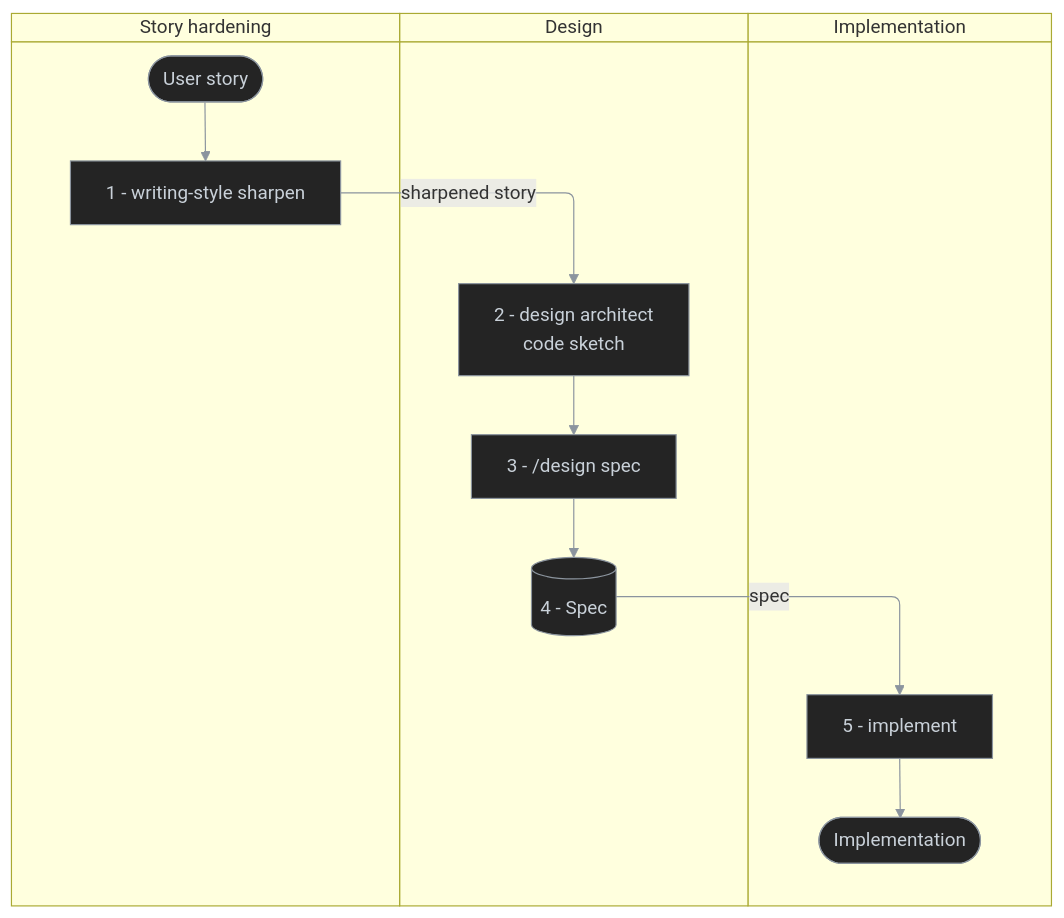
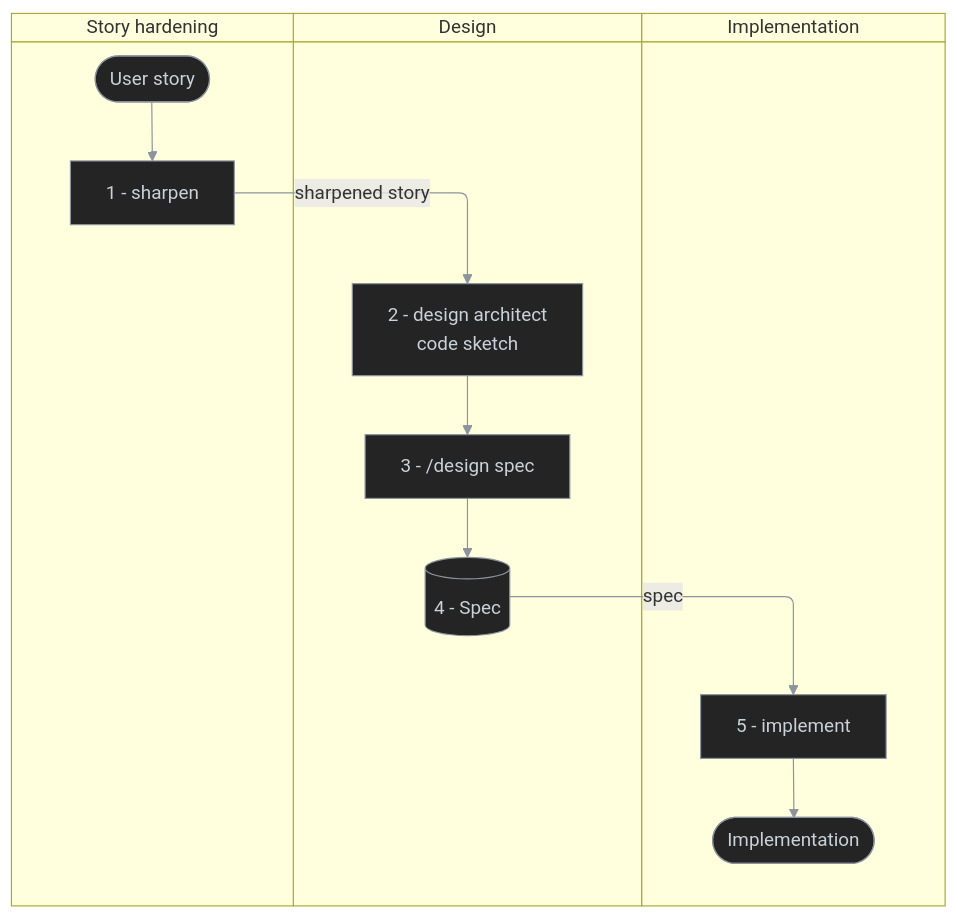
Before and after one commit to antshc/brain: the third of 4 diagrams in plugins/wf/README.md, drawn with Mermaid. The commit also changed other lines of this file and 14 other files, not shown here.

````diff
--- a/plugins/wf/README.md
+++ b/plugins/wf/README.md
@@ -115,27 +115,27 @@
 ```mermaid
 %%{init: {'themeVariables': {'lineColor': '#8b949e'}}}%%
 %% diagram-id: wf-story-to-implementation-swimlane
 swimlane-beta TB
   accTitle: Story to implementation responsibility
   accDescr: Shows one User story sharpened, sketched by architect, turned into a spec, and implemented by implement.
 
   subgraph story [Story hardening]
     userStory([User story])
-    sharpen[1 - writing-style sharpen]
+    sharpen[1 - sharpen]
   end
 
   subgraph design [Design]
     architect[2 - design architect<br/>code sketch]
     toSpec[3 - /design spec]
     spec[(4 - Spec)]
   end
 
   subgraph implementation [Implementation]
     implementSpec[5 - implement]
     done([Implementation])
   end
 
   userStory --> sharpen -->|sharpened story| architect --> toSpec --> spec -->|spec| implementSpec --> done
 
   classDef default fill:#242424,stroke:#8b949e,color:#c9d1d9,stroke-width:1px
 ```
````
